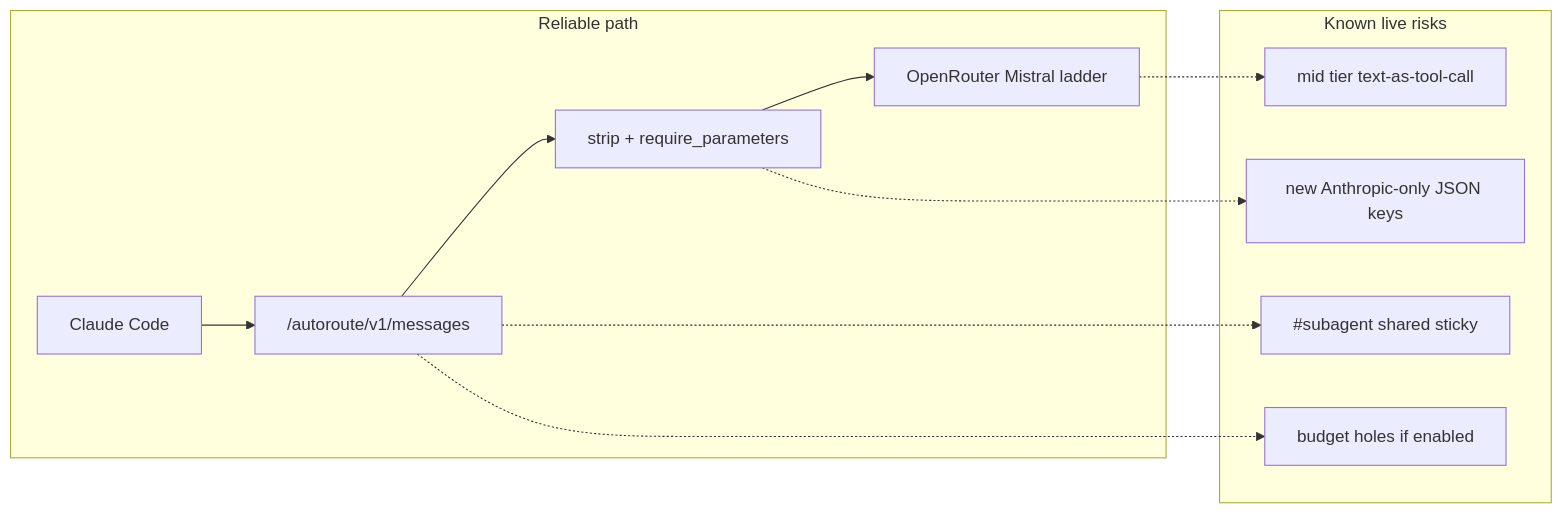
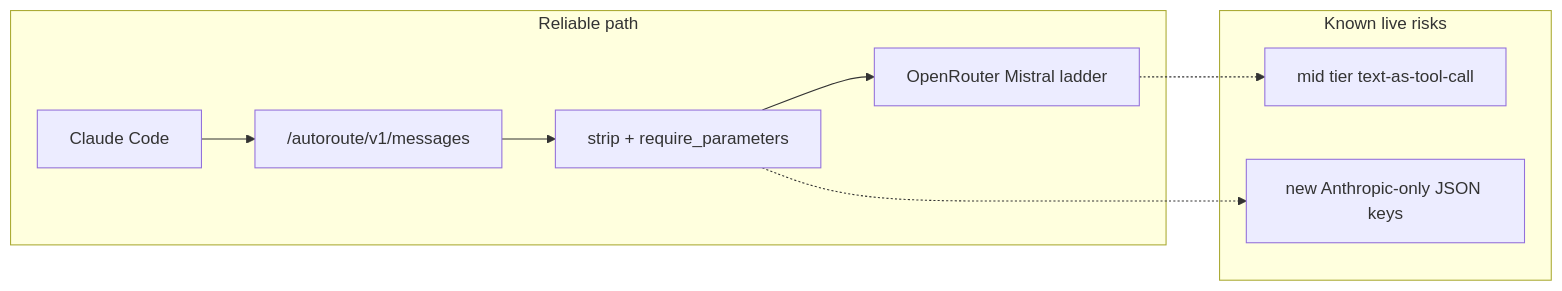
One commit to ndolinschi/Octo changed the second of 2 diagrams in docs/status.md. Above: the diagram before and after it, drawn with Mermaid. The commit also changed other lines of this file and 21 other files, not shown here.

````diff
--- a/docs/status.md
+++ b/docs/status.md
@@ -69,20 +68,16 @@
 ```mermaid
 flowchart LR
   subgraph ok [Reliable path]
     cc[Claude Code]
     ar["/autoroute/v1/messages"]
     strip[strip + require_parameters]
     or[OpenRouter Mistral ladder]
   end
   subgraph risk [Known live risks]
     mid[mid tier text-as-tool-call]
-    sub["#subagent shared sticky"]
-    budget[budget holes if enabled]
     newkeys[new Anthropic-only JSON keys]
   end
   cc --> ar --> strip --> or
   or -.-> mid
-  ar -.-> sub
-  ar -.-> budget
   strip -.-> newkeys
 ```
````
